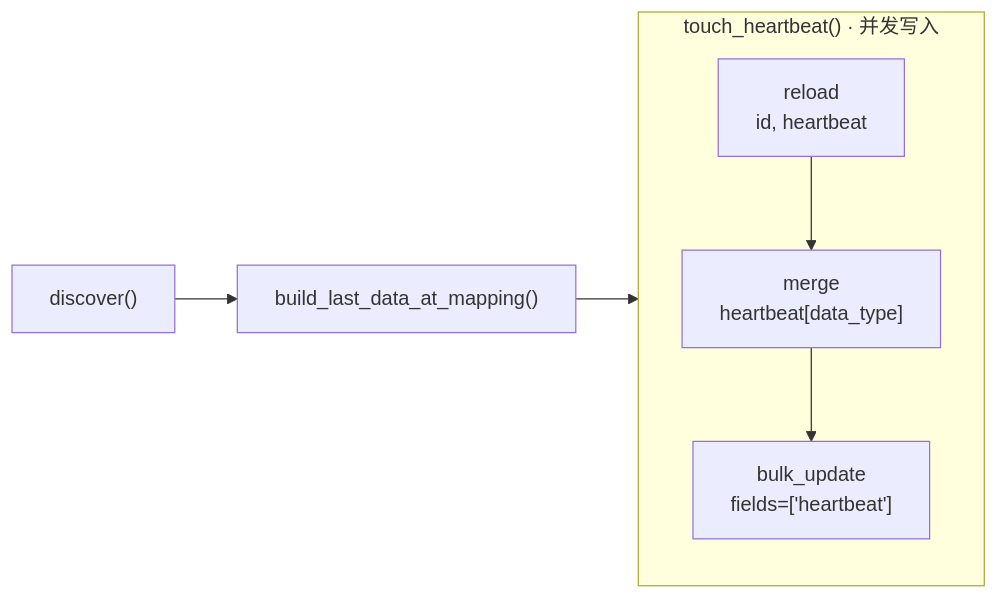
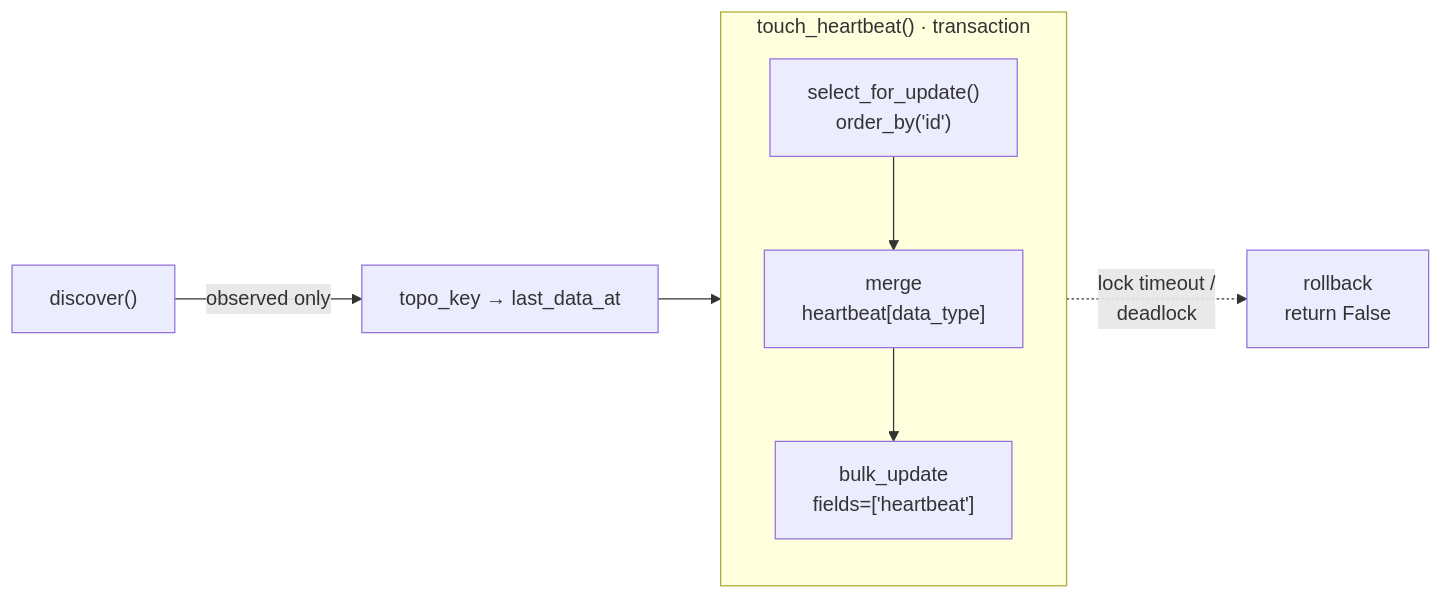
One commit to ZhuoZhuoCrayon/ai-workspace changed the second of 3 diagrams in knowledge/bkmonitor/issues/2026-09-16-apm-service-data-status-heartbeat/PLAN.md. Above: the diagram before and after it, drawn with Mermaid. The commit also changed other lines of this file and 3 other files, not shown here.

````diff
--- a/knowledge/bkmonitor/issues/2026-09-16-apm-service-data-status-heartbeat/PLAN.md
+++ b/knowledge/bkmonitor/issues/2026-09-16-apm-service-data-status-heartbeat/PLAN.md
@@ -185,11 +188,13 @@
 ```mermaid
 flowchart LR
-    A["discover()"] --> B["build_last_data_at_mapping()"]
+    A["discover()"] -->|"observed only"| B["topo_key → last_data_at"]
     B --> E
 
-    subgraph T["touch_heartbeat() · 并发写入"]
+    subgraph T["touch_heartbeat() · transaction"]
         direction TB
-        E["reload<br/>id, heartbeat"] --> F["merge<br/>heartbeat[data_type]"]
+        E["select_for_update()<br/>order_by('id')"] --> F["merge<br/>heartbeat[data_type]"]
         F --> G["bulk_update<br/>fields=['heartbeat']"]
     end
+
+    E -.->|"lock timeout /<br/>deadlock"| R["rollback<br/>return False"]
 ```
````
